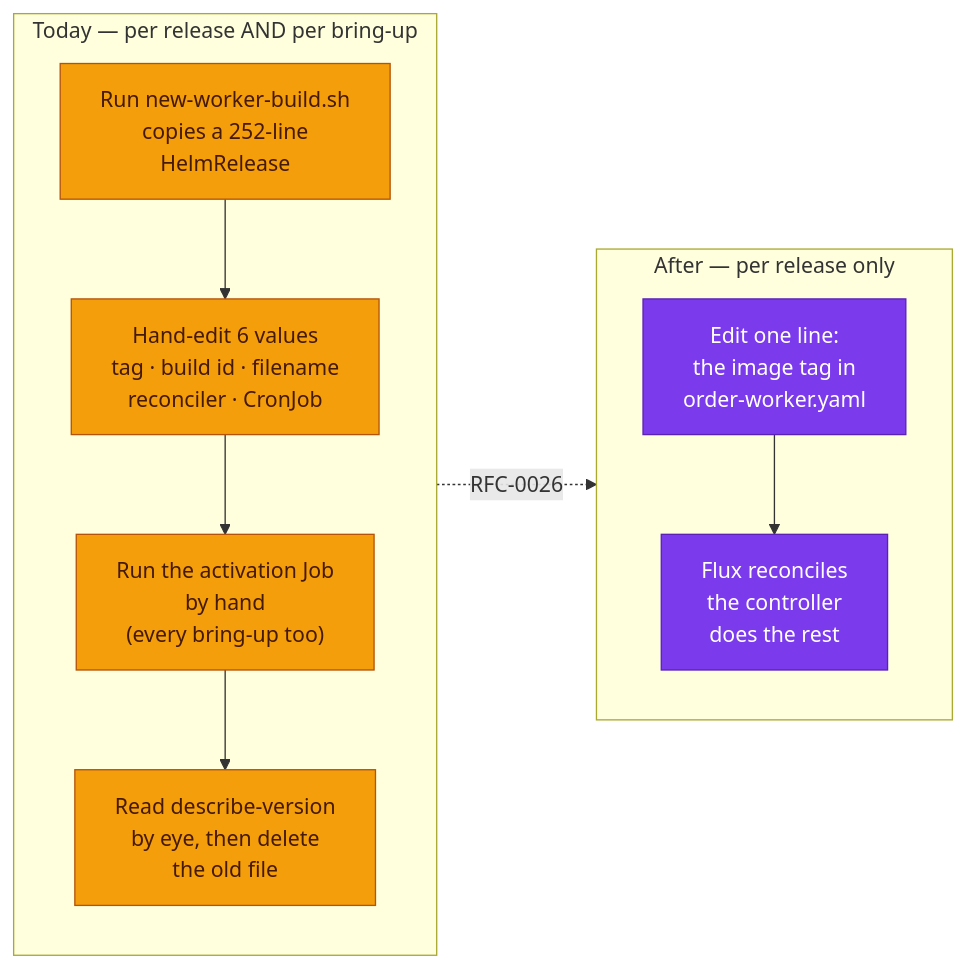
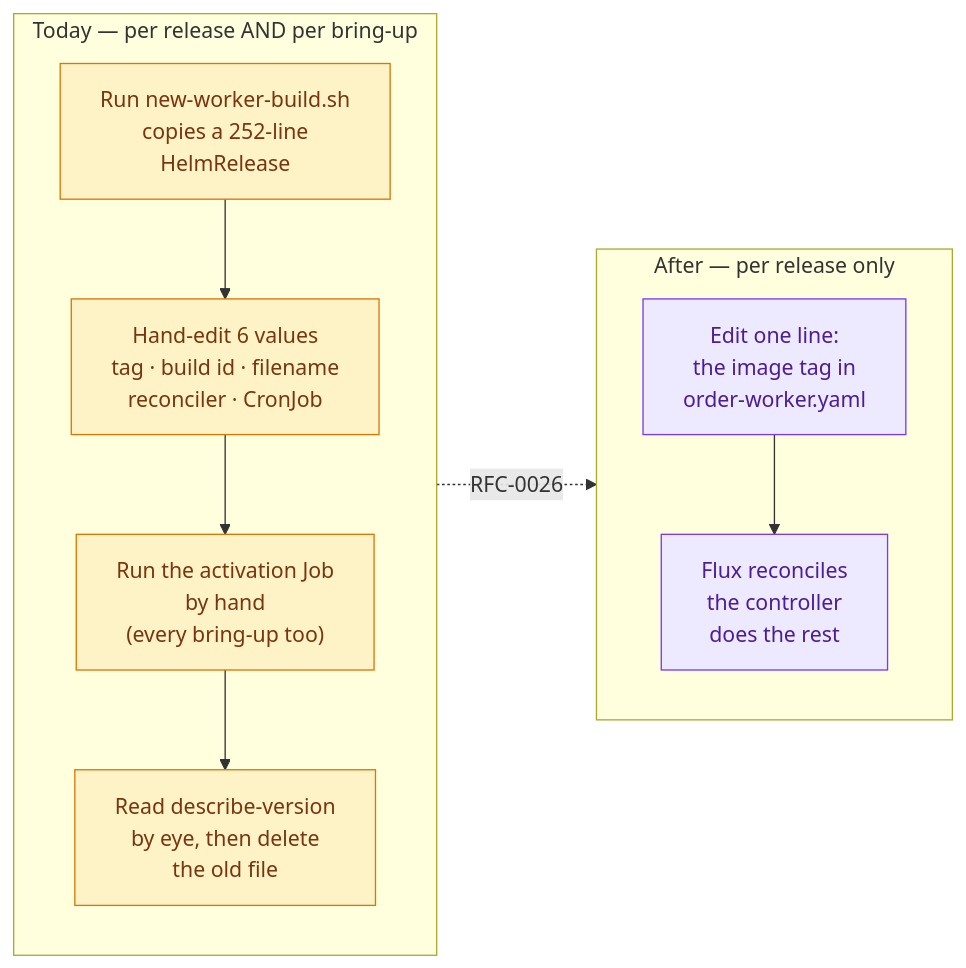
The first of 2 diagrams in docs/proposals/rfc/RFC-0026/README.md (duynhlab/homelab), drawn with Mermaid before and after one commit. The commit also changed other lines of this file and 174 other files, not shown here.

First line of the commit message:
Soft-tint diagram palette, a signal-flow diagram, a Linux-ready Draw.io skill

````diff
--- a/docs/proposals/rfc/RFC-0026/README.md
+++ b/docs/proposals/rfc/RFC-0026/README.md
@@ -129,23 +129,23 @@
 ```mermaid
 flowchart LR
   subgraph before["Today — per release AND per bring-up"]
     b1["Run new-worker-build.sh<br/>copies a 252-line<br/>HelmRelease"]
     b2["Hand-edit 6 values<br/>tag · build id · filename<br/>reconciler · CronJob"]
     b3["Run the activation Job<br/>by hand<br/>(every bring-up too)"]
     b4["Read describe-version<br/>by eye, then delete<br/>the old file"]
     b1 --> b2 --> b3 --> b4
   end
 
   subgraph after["After — per release only"]
     a1["Edit one line:<br/>the image tag in<br/>order-worker.yaml"]
     a2["Flux reconciles<br/>the controller<br/>does the rest"]
     a1 --> a2
   end
 
   before -.->|"RFC-0026"| after
 
-  classDef worker fill:#f59e0b,color:#451a03,stroke:#b45309;
-  classDef platform fill:#7c3aed,color:#fff,stroke:#5b21b6;
+  classDef worker fill:#fef3c7,color:#78350f,stroke:#d97706;
+  classDef platform fill:#ede9fe,color:#4c1d95,stroke:#7c3aed;
   class b1,b2,b3,b4 worker
   class a1,a2 platform
 ```
````
